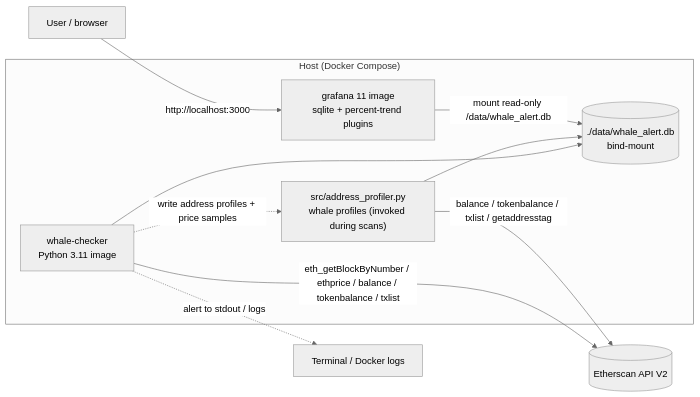
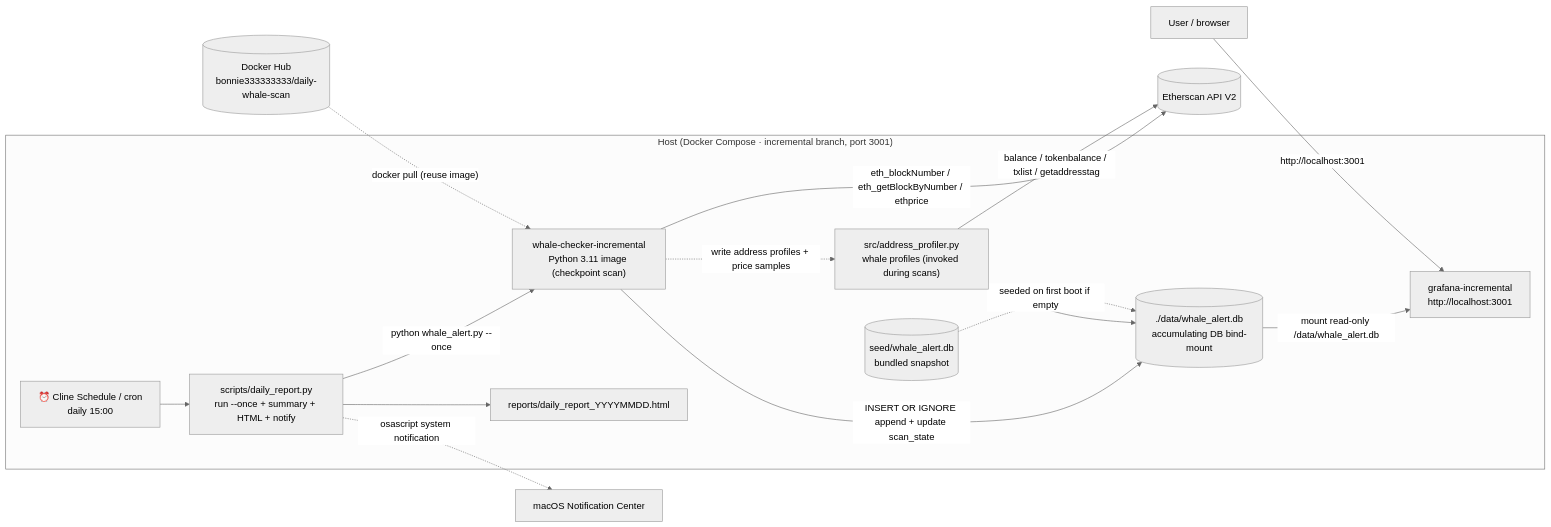
One commit to DingBangBang/whale-alert-system changed the first of 2 diagrams in README_en.md. Above: the diagram before and after it, drawn with Mermaid (neutral theme). The commit also changed other lines of this file and 1 other file, not shown here.

Commit message:
docs(readme): update architecture & data-flow diagrams to reflect incremental features (scan_state checkpoint, INSERT OR IGNORE, daily schedule, daily_report, time-series panels, port 3001)

````diff
--- a/README_en.md
+++ b/README_en.md
@@ -143,21 +145,30 @@
 ```mermaid
 flowchart LR
-    subgraph Host["Host (Docker Compose)"]
-        C["whale-checker<br/>Python 3.11 image"]
+    subgraph Host["Host (Docker Compose · incremental branch, port 3001)"]
+        SCH["⏰ Cline Schedule / cron<br/>daily 15:00"]
+        DR["scripts/daily_report.py<br/>run --once + summary + HTML + notify"]
+        C["whale-checker-incremental<br/>Python 3.11 image (checkpoint scan)"]
         P["src/address_profiler.py<br/>whale profiles (invoked during scans)"]
-        G["grafana 11 image<br/>sqlite + percent-trend plugins"]
-        V[(./data/whale_alert.db<br/>bind-mount)]
+        G["grafana-incremental<br/>http://localhost:3001"]
+        V[("./data/whale_alert.db<br/>accumulating DB bind-mount")]
+        SD[("seed/whale_alert.db<br/>bundled snapshot")]
+        RP["reports/daily_report_YYYYMMDD.html"]
     end
 
     ES[("Etherscan API V2")]
+    HUB[("Docker Hub<br/>bonnie333333333/daily-whale-scan")]
 
-    C -- "eth_getBlockByNumber / ethprice / balance / tokenbalance / txlist" --> ES
+    SCH --> DR
+    DR -- "python whale_alert.py --once" --> C
+    C -- "eth_blockNumber / eth_getBlockByNumber / ethprice" --> ES
     P -- "balance / tokenbalance / txlist / getaddresstag" --> ES
-    C --> V
+    C -- "INSERT OR IGNORE append + update scan_state" --> V
     P --> V
     C -. "write address profiles + price samples" .-> P
-    G -- "mount read-only /data/whale_alert.db" --> V
-    U["User / browser"] -- "http://localhost:3000" --> G
-
-    C -. "alert to stdout / logs" .-> T["Terminal / Docker logs"]
+    SD -. "seeded on first boot if empty" .-> V
+    V -- "mount read-only /data/whale_alert.db" --> G
+    U["User / browser"] -- "http://localhost:3001" --> G
+    DR --> RP
+    DR -. "osascript system notification" .-> N["macOS Notification Center"]
+    HUB -. "docker pull (reuse image)" .-> C
 ```
````
